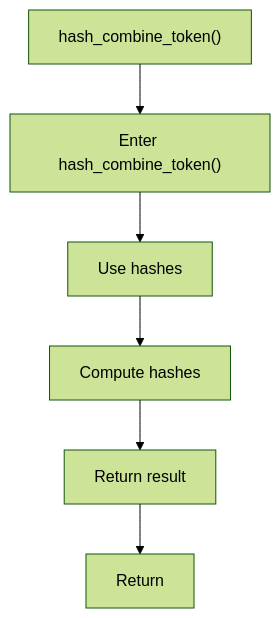
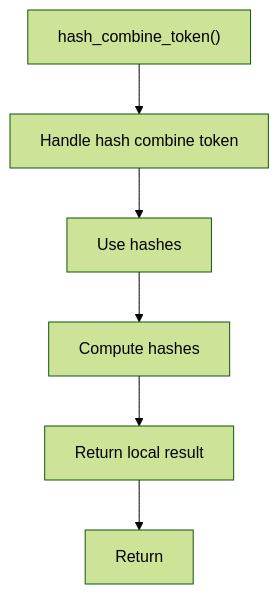
One commit to JohnAndrewBalbarosa/NeoTerritory changed the diagram in docs/Codebase/Microservice/Modules/Source/HashingMechanism/ReverseMerkle/Flow/functions/hash_combine_token.cpp.md. Above: the diagram before and after it, drawn with Mermaid (forest theme). The commit also changed other lines of this file and 915 other files, not shown here.

````diff
--- a/docs/Codebase/Microservice/Modules/Source/HashingMechanism/ReverseMerkle/Flow/functions/hash_combine_token.cpp.md
+++ b/docs/Codebase/Microservice/Modules/Source/HashingMechanism/ReverseMerkle/Flow/functions/hash_combine_token.cpp.md
@@ -18,14 +18,14 @@
 ```mermaid
 flowchart TD
     Start["hash_combine_token()"]
-    N0["Enter hash_combine_token()"]
+    N0["Handle hash combine token"]
     N1["Use hashes"]
     N2["Compute hashes"]
-    N3["Return result"]
+    N3["Return local result"]
     End["Return"]
     Start --> N0
     N0 --> N1
     N1 --> N2
     N2 --> N3
     N3 --> End
 ```
````
